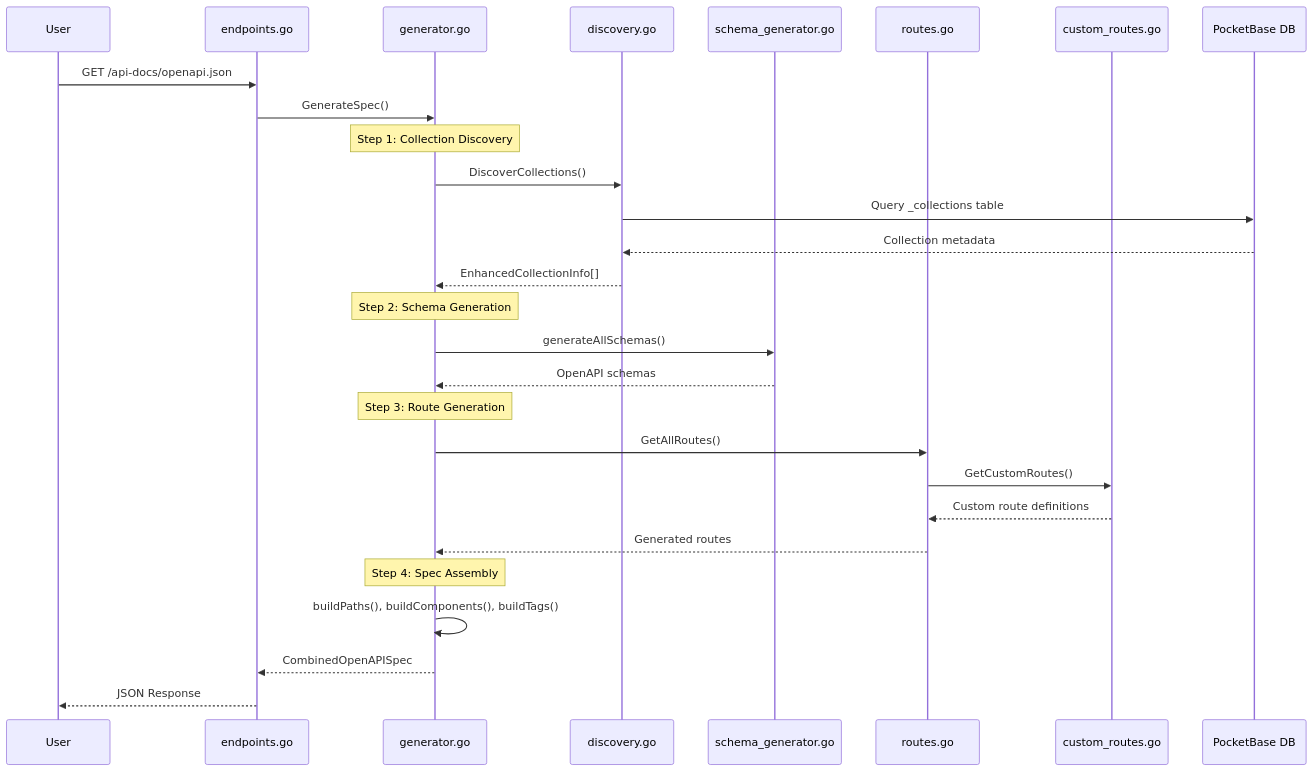
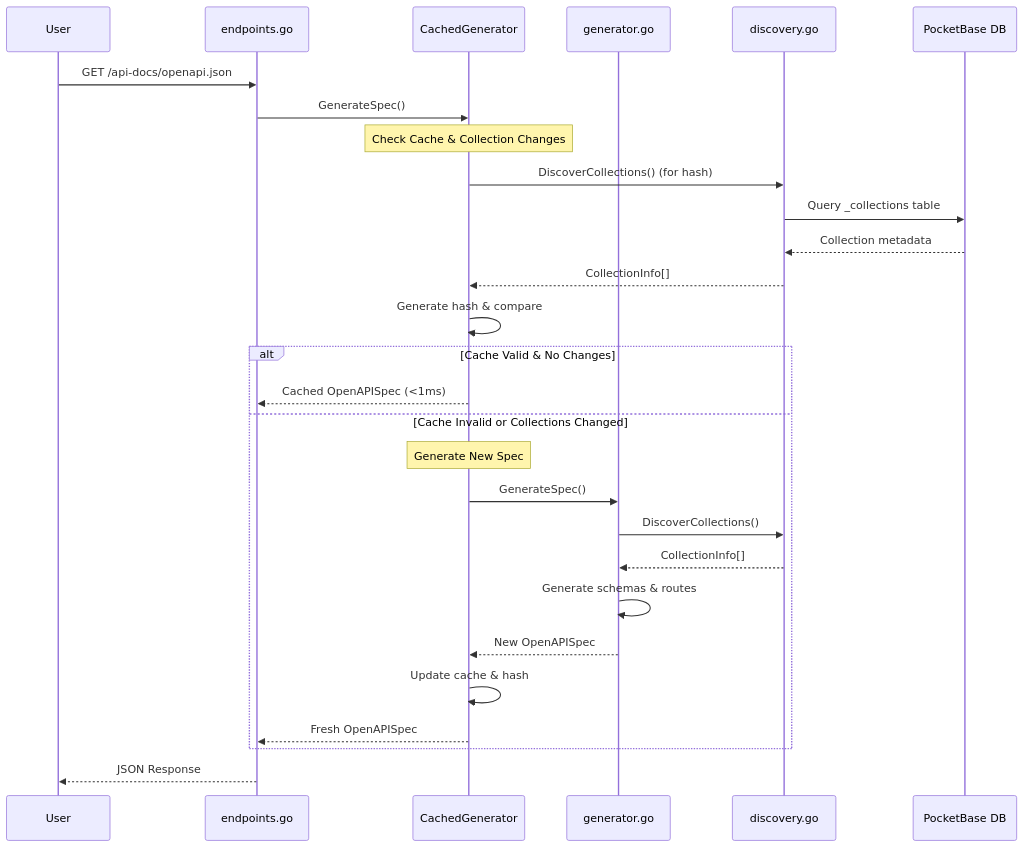
One commit to Innovix-Matrix-Systems/ims-pocketbase-baas-starter changed the diagram in docs/swagger.md. Above: the diagram before and after it, drawn with Mermaid. The commit also changed other lines of this file and 18 other files, not shown here.

````diff
--- a/docs/swagger.md
+++ b/docs/swagger.md
@@ -41,35 +45,34 @@
 ```mermaid
 sequenceDiagram
     participant User
     participant Endpoints as endpoints.go
+    participant CachedGen as CachedGenerator
     participant Generator as generator.go
     participant Discovery as discovery.go
-    participant SchemaGen as schema_generator.go
-    participant RouteGen as routes.go
-    participant CustomRoutes as custom_routes.go
     participant Database as PocketBase DB
 
     User->>Endpoints: GET /api-docs/openapi.json
-    Endpoints->>Generator: GenerateSpec()
+    Endpoints->>CachedGen: GenerateSpec()
 
-    Note over Generator: Step 1: Collection Discovery
-    Generator->>Discovery: DiscoverCollections()
+    Note over CachedGen: Check Cache & Collection Changes
+    CachedGen->>Discovery: DiscoverCollections() (for hash)
     Discovery->>Database: Query _collections table
     Database-->>Discovery: Collection metadata
-    Discovery-->>Generator: EnhancedCollectionInfo[]
+    Discovery-->>CachedGen: CollectionInfo[]
+    CachedGen->>CachedGen: Generate hash & compare
 
-    Note over Generator: Step 2: Schema Generation
-    Generator->>SchemaGen: generateAllSchemas()
-    SchemaGen-->>Generator: OpenAPI schemas
+    alt Cache Valid & No Changes
+        CachedGen-->>Endpoints: Cached OpenAPISpec (<1ms)
+    else Cache Invalid or Collections Changed
+        Note over CachedGen: Generate New Spec
+        CachedGen->>Generator: GenerateSpec()
+        Generator->>Discovery: DiscoverCollections()
+        Discovery-->>Generator: CollectionInfo[]
+        Generator->>Generator: Generate schemas & routes
+        Generator-->>CachedGen: New OpenAPISpec
+        CachedGen->>CachedGen: Update cache & hash
+        CachedGen-->>Endpoints: Fresh OpenAPISpec
+    end
 
-    Note over Generator: Step 3: Route Generation
-    Generator->>RouteGen: GetAllRoutes()
-    RouteGen->>CustomRoutes: GetCustomRoutes()
-    CustomRoutes-->>RouteGen: Custom route definitions
-    RouteGen-->>Generator: Generated routes
-
-    Note over Generator: Step 4: Spec Assembly
-    Generator->>Generator: buildPaths(), buildComponents(), buildTags()
-    Generator-->>Endpoints: CombinedOpenAPISpec
     Endpoints-->>User: JSON Response
 ```
````
